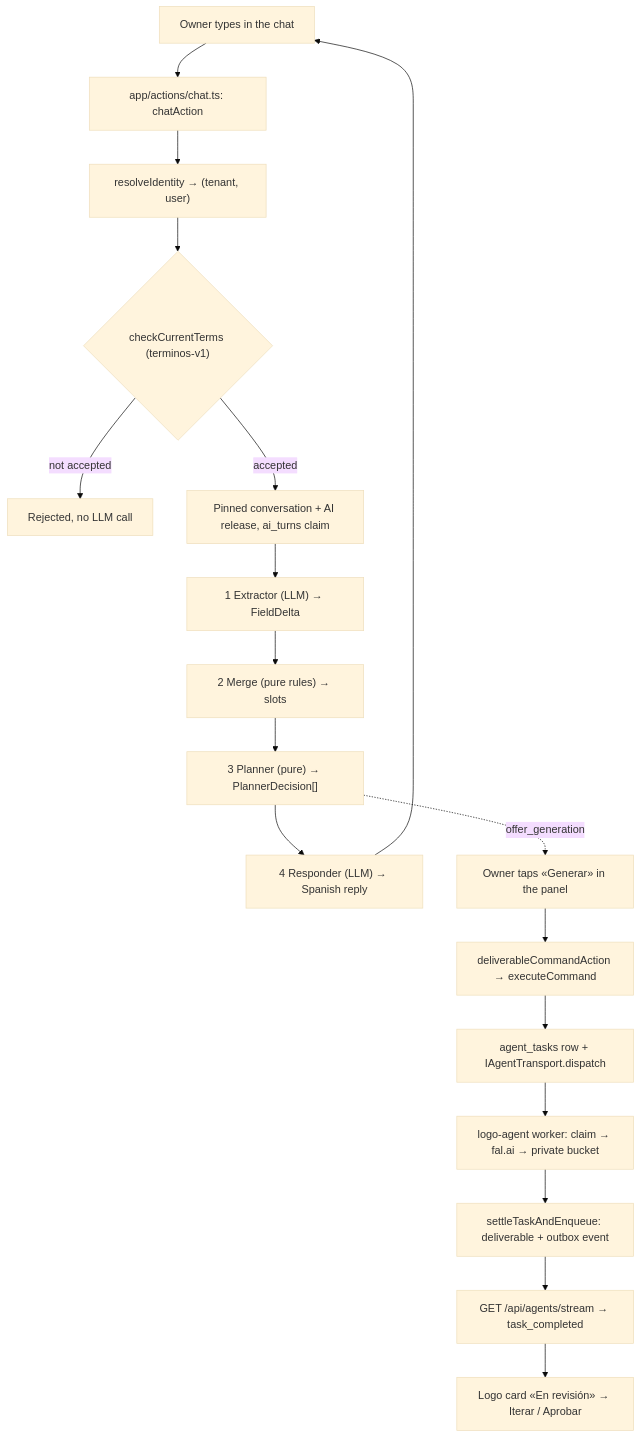
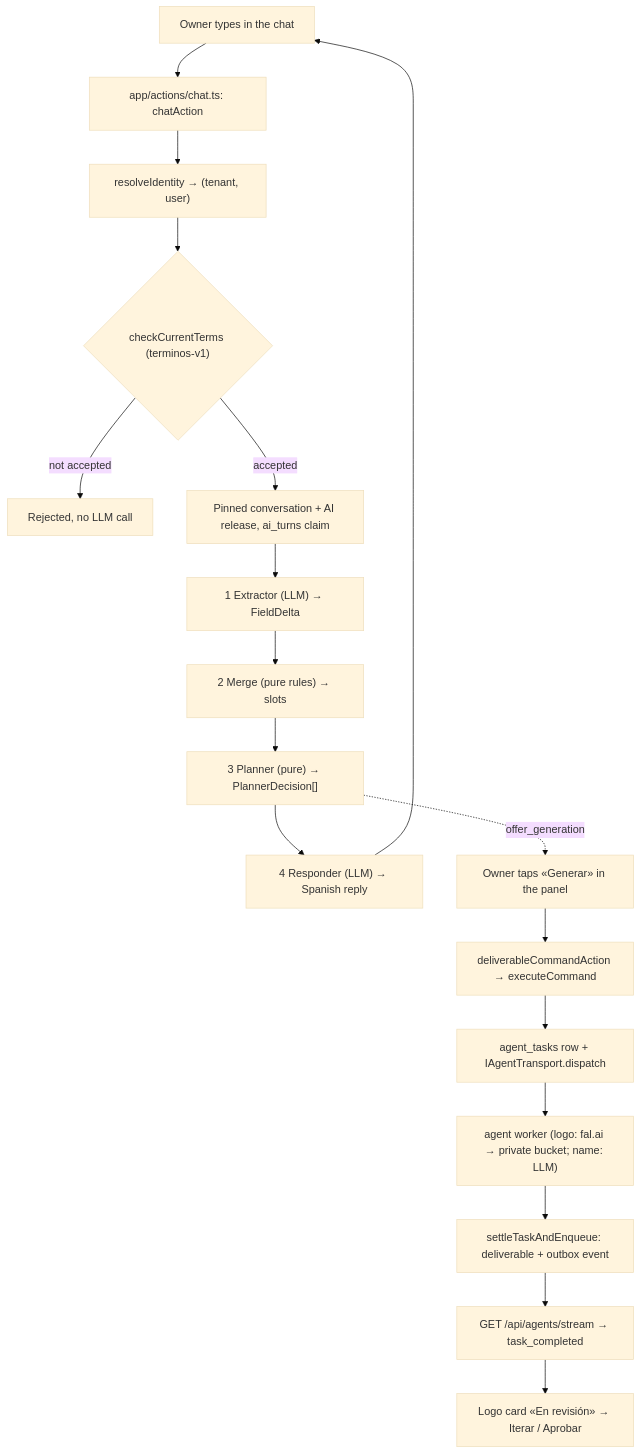
The diagram in docs/features/README.md (Tendrel-AI/Mype-Crea), drawn with Mermaid (base theme) before and after one commit. The commit also changed other lines of this file, not shown here.

````diff
--- a/docs/features/README.md
+++ b/docs/features/README.md
@@ -16,20 +16,20 @@
 ```mermaid
 flowchart TD
   U[Owner types in the chat] --> CA["app/actions/chat.ts: chatAction"]
   CA --> ID["resolveIdentity → (tenant, user)"]
   ID --> T{"checkCurrentTerms (terminos-v1)"}
   T -- not accepted --> X[Rejected, no LLM call]
   T -- accepted --> PIN["Pinned conversation + AI release, ai_turns claim"]
   PIN --> E["1 Extractor (LLM) → FieldDelta"]
   E --> M["2 Merge (pure rules) → slots"]
   M --> P["3 Planner (pure) → PlannerDecision[]"]
   P --> R["4 Responder (LLM) → Spanish reply"]
   R --> U
   P -. offer_generation .-> B["Owner taps «Generar» in the panel"]
   B --> DC["deliverableCommandAction → executeCommand"]
   DC --> Q["agent_tasks row + IAgentTransport.dispatch"]
-  Q --> W["logo-agent worker: claim → fal.ai → private bucket"]
+  Q --> W["agent worker (logo: fal.ai → private bucket; name: LLM)"]
   W --> S["settleTaskAndEnqueue: deliverable + outbox event"]
   S --> SSE["GET /api/agents/stream → task_completed"]
   SSE --> L["Logo card «En revisión» → Iterar / Aprobar"]
 ```
````
